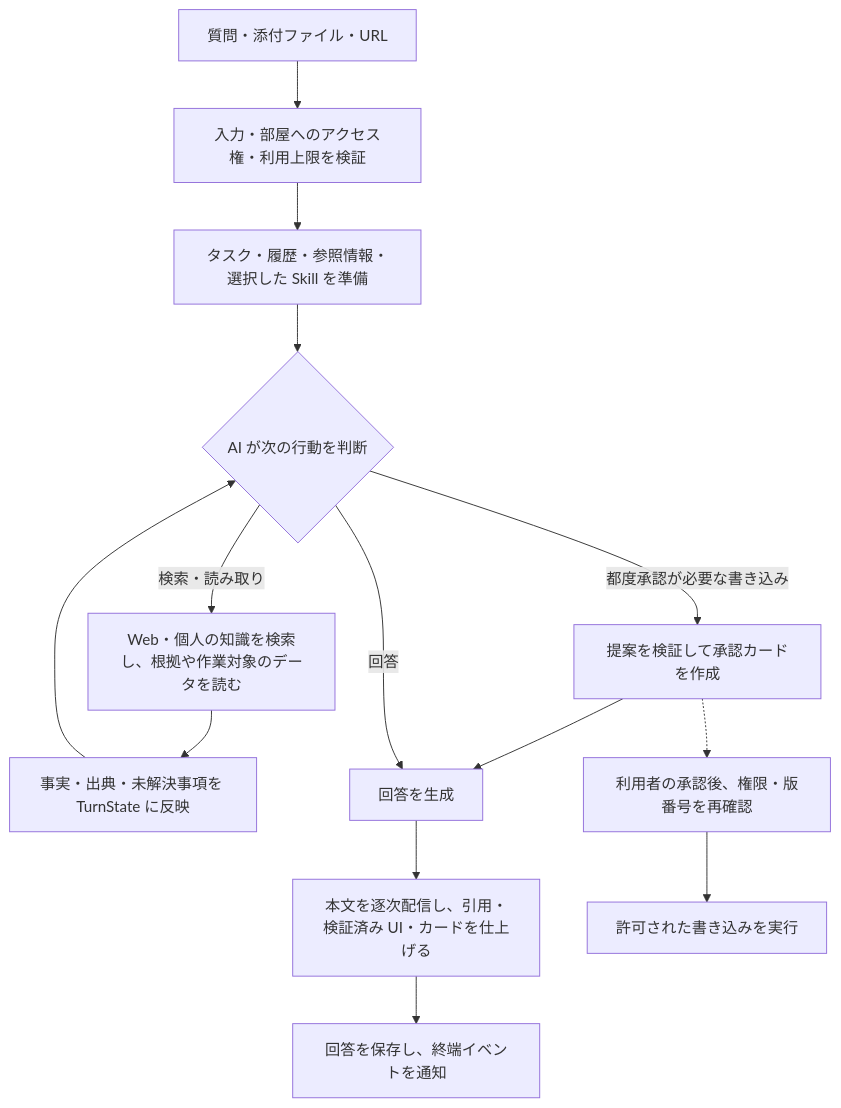
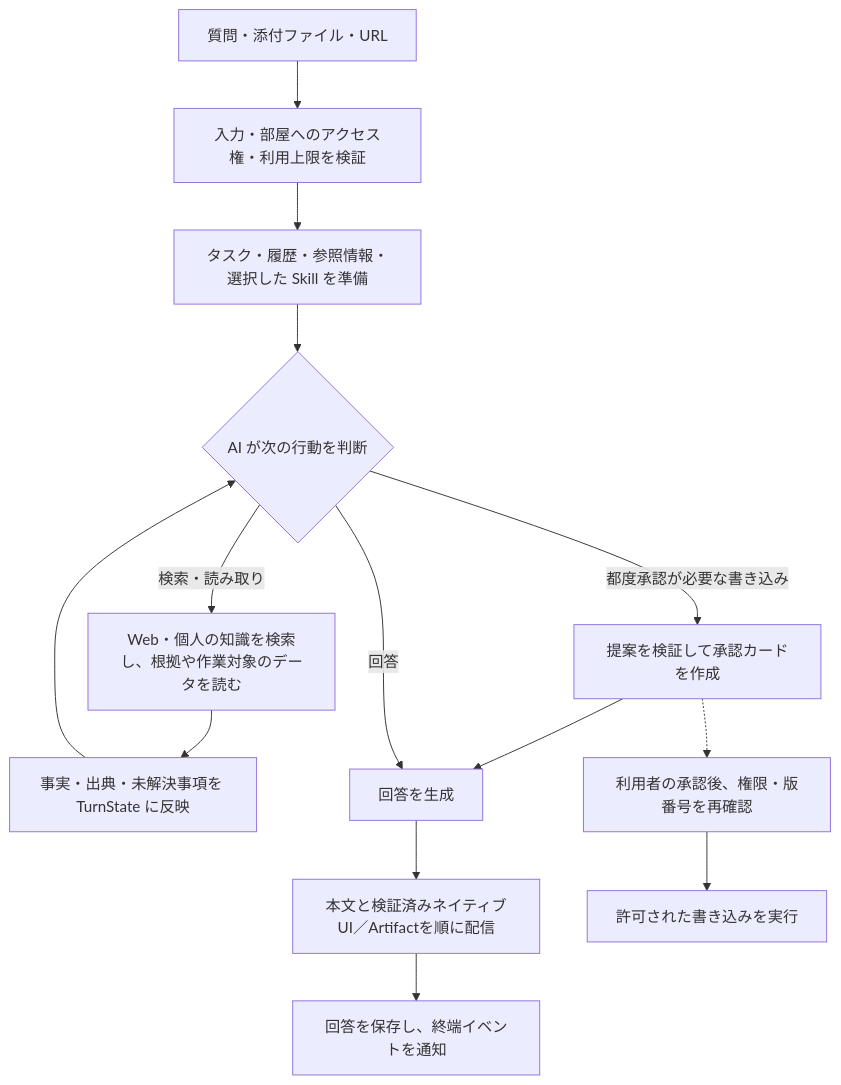
The sixth of 8 diagrams in README.md (kota-kawa/ChatCore-AI), drawn with Mermaid before and after one commit. The commit also changed other lines of this file and 113 other files, not shown here.

````diff
--- a/README.md
+++ b/README.md
@@ -362,16 +362,16 @@
 ```mermaid
 flowchart TD
     Input["質問・添付ファイル・URL"] --> Validate["入力・部屋へのアクセス権・利用上限を検証"]
     Validate --> Context["タスク・履歴・参照情報・選択した Skill を準備"]
     Context --> Decide{"AI が次の行動を判断"}
     Decide -->|検索・読み取り| Lookup["Web・個人の知識を検索し、根拠や作業対象のデータを読む"]
     Lookup --> State["事実・出典・未解決事項を TurnState に反映"]
     State --> Decide
     Decide -->|都度承認が必要な書き込み| Approval["提案を検証して承認カードを作成"]
     Approval --> Answer["回答を生成"]
     Decide -->|回答| Answer
-    Answer --> Output["本文を逐次配信し、引用・検証済み UI・カードを仕上げる"]
+    Answer --> Output["本文と検証済みネイティブUI／Artifactを順に配信"]
     Output --> Save["回答を保存し、終端イベントを通知"]
     Approval -.-> Gate["利用者の承認後、権限・版番号を再確認"]
     Gate --> Write["許可された書き込みを実行"]
 ```
````
